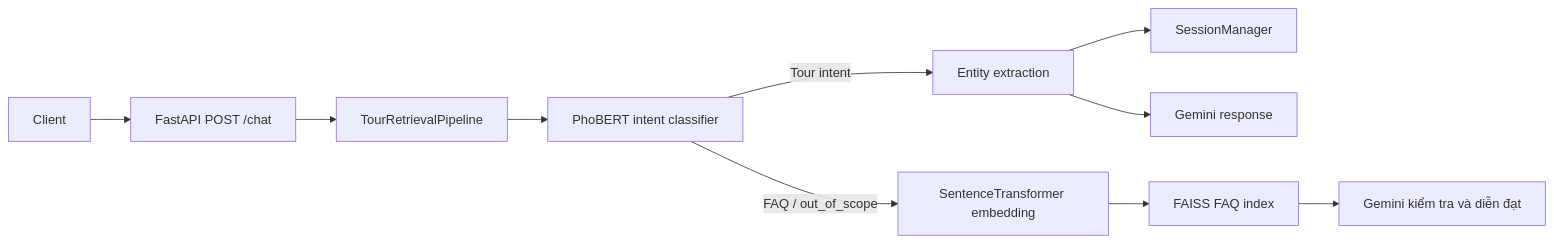
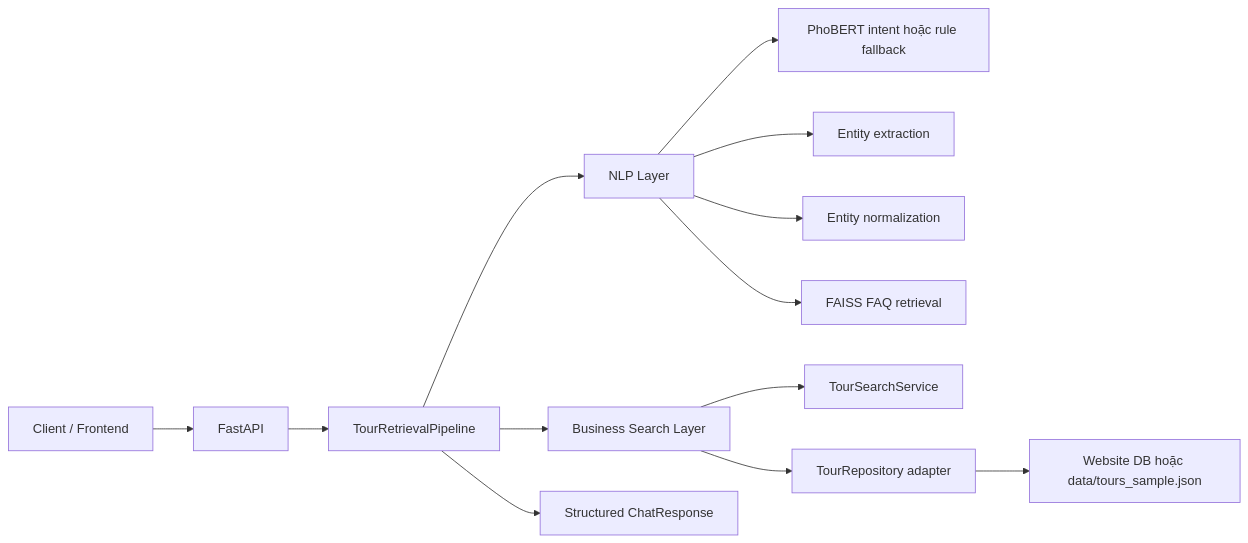
One commit to NguyenKhacBao564/Chatbot_for_TravelWEB changed the diagram in README.md. Above: the diagram before and after it, drawn with Mermaid. The commit also changed other lines of this file and 27 other files, not shown here.

Commit message:
Refactor chatbot backend with deterministic tour search

````diff
--- a/README.md
+++ b/README.md
@@ -16,12 +7,15 @@
 ```mermaid
 flowchart LR
-    A["Client"] --> B["FastAPI POST /chat"]
+    A["Client / Frontend"] --> B["FastAPI"]
     B --> C["TourRetrievalPipeline"]
-    C --> D["PhoBERT intent classifier"]
-    D -->|Tour intent| E["Entity extraction"]
-    E --> F["SessionManager"]
-    E --> G["Gemini response"]
-    D -->|FAQ / out_of_scope| H["SentenceTransformer embedding"]
-    H --> I["FAISS FAQ index"]
-    I --> J["Gemini kiểm tra và diễn đạt"]
+    C --> D["NLP Layer"]
+    D --> D1["PhoBERT intent hoặc rule fallback"]
+    D --> D2["Entity extraction"]
+    D --> D3["Entity normalization"]
+    D --> D4["FAISS FAQ retrieval"]
+    C --> E["Business Search Layer"]
+    E --> E1["TourSearchService"]
+    E --> E2["TourRepository adapter"]
+    E2 --> E3["Website DB hoặc data/tours_sample.json"]
+    C --> F["Structured ChatResponse"]
 ```
````
